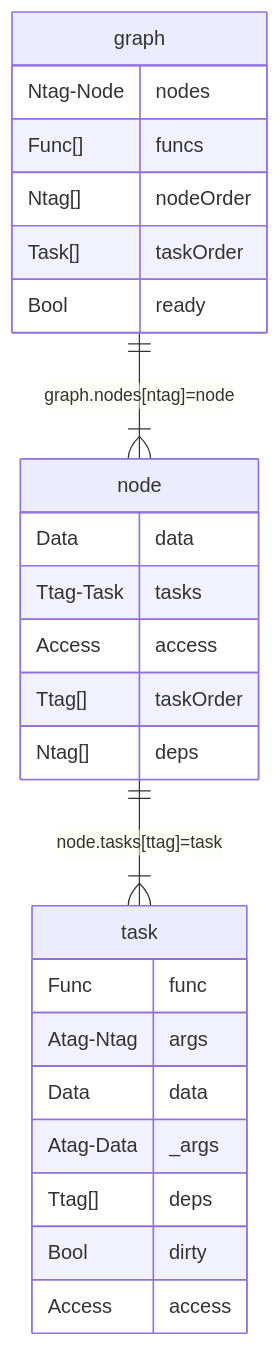
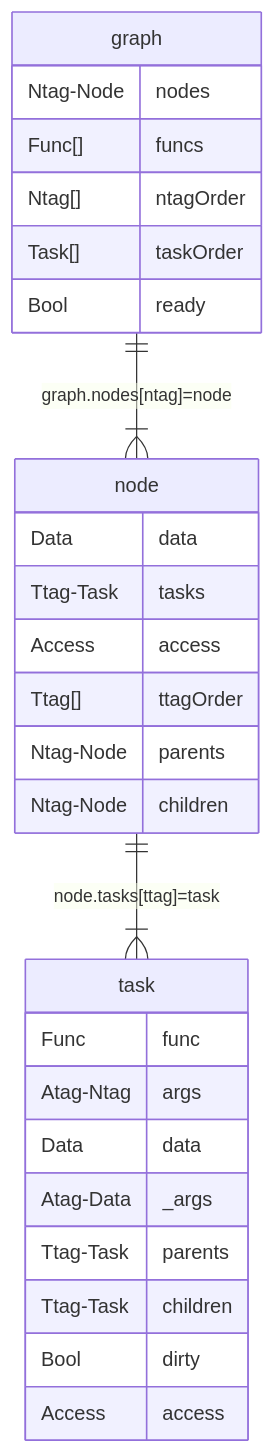
One commit to ShilianShen/SoftDep changed the diagram in docs/erdiagram.lua.md. Above: the diagram before and after it, drawn with Mermaid. The commit also changed 2 other files, not shown here.

Commit message:
Refactor: standardize naming for node and task orders in graph structure

````diff
--- a/docs/erdiagram.lua.md
+++ b/docs/erdiagram.lua.md
@@ -1,29 +1,31 @@
 ```mermaid
 erDiagram
     graph {
         Ntag-Node nodes
         Func[] funcs
-        Ntag[] nodeOrder
+        Ntag[] ntagOrder
         Task[] taskOrder
         Bool ready
     }
     node {
         Data data
         Ttag-Task tasks
         Access access
-        Ttag[] taskOrder
-        Ntag[] deps
+        Ttag[] ttagOrder
+        Ntag-Node parents
+        Ntag-Node children
     }
     task {
         Func func
         Atag-Ntag args
         Data data
         Atag-Data _args
-        Ttag[] deps
+        Ttag-Task parents
+        Ttag-Task children
         Bool dirty
         Access access
     }
 
     graph ||--|{ node : "graph.nodes[ntag]=node"
     node ||--|{ task : "node.tasks[ttag]=task"
 ```
````
